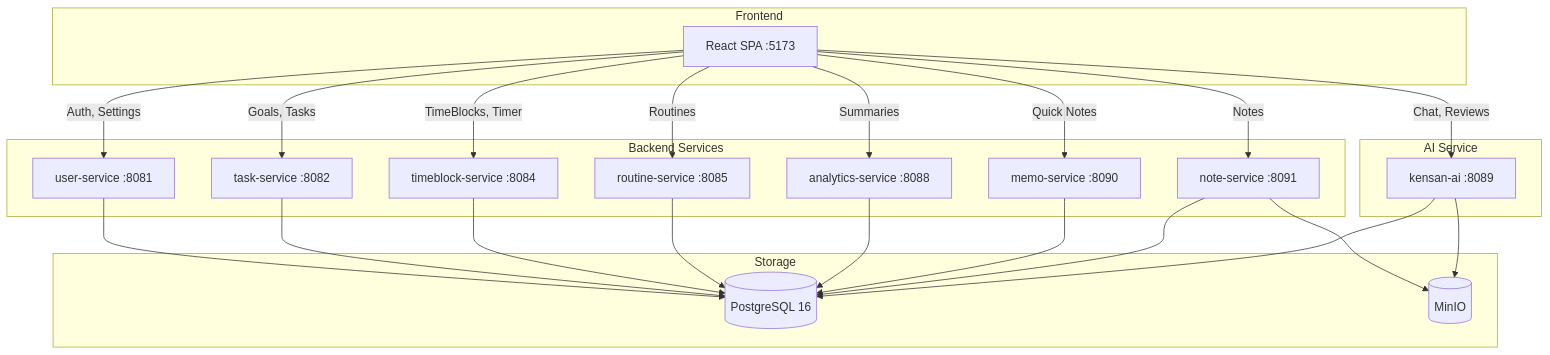
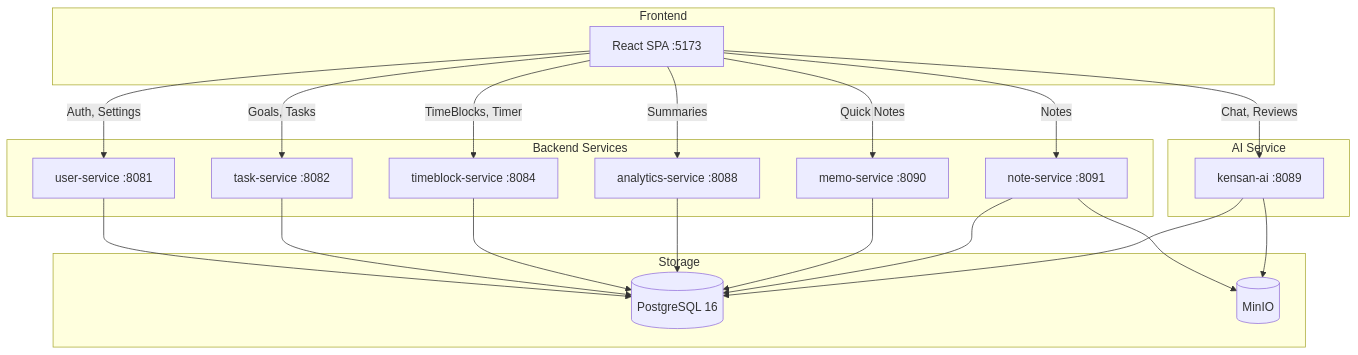
The first of 8 diagrams in backend/ARCHITECTURE.md (yu-min3/kensan), drawn with Mermaid before and after one commit. The commit also changed other lines of this file and 177 other files, not shown here.

````diff
--- a/backend/ARCHITECTURE.md
+++ b/backend/ARCHITECTURE.md
@@ -27,45 +27,42 @@
 ```mermaid
 graph TB
     subgraph Frontend
         SPA[React SPA :5173]
     end
 
     subgraph "Backend Services"
         US[user-service :8081]
         TS[task-service :8082]
         TBS[timeblock-service :8084]
-        RS[routine-service :8085]
         AS[analytics-service :8088]
         MS[memo-service :8090]
         NS[note-service :8091]
     end
 
     subgraph "AI Service"
         AI[kensan-ai :8089]
     end
 
     subgraph Storage
         PG[(PostgreSQL 16)]
         MinIO[(MinIO)]
     end
 
     SPA -->|Auth, Settings| US
     SPA -->|Goals, Tasks| TS
     SPA -->|TimeBlocks, Timer| TBS
-    SPA -->|Routines| RS
     SPA -->|Summaries| AS
     SPA -->|Quick Notes| MS
     SPA -->|Notes| NS
     SPA -->|Chat, Reviews| AI
 
     US --> PG
     TS --> PG
     TBS --> PG
-    RS --> PG
     AS --> PG
     MS --> PG
     NS --> PG
     NS --> MinIO
     AI --> PG
     AI --> MinIO
 ```
````
